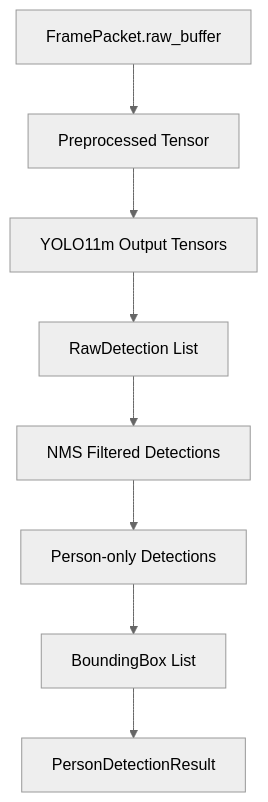
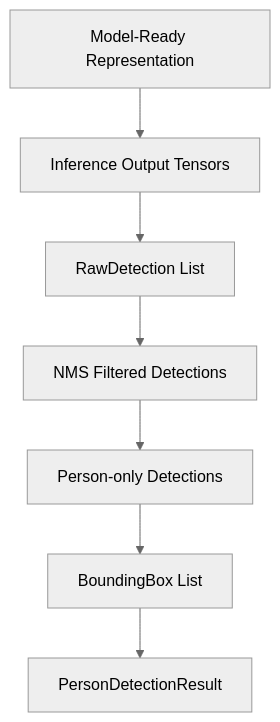
One commit to talifruman/camera-recognition changed the fourth of 4 diagrams in doc/OBJECT_DETECTION.md. Above: the diagram before and after it, drawn with Mermaid (neutral theme). The commit also changed other lines of this file and 6 other files, not shown here.

````diff
--- a/doc/OBJECT_DETECTION.md
+++ b/doc/OBJECT_DETECTION.md
@@ -262,10 +417,9 @@
 ```mermaid
 flowchart TD
-    A[FramePacket.raw_buffer] --> B[Preprocessed Tensor]
-    B --> C[YOLO11m Output Tensors]
-    C --> D[RawDetection List]
-    D --> E[NMS Filtered Detections]
-    E --> F[Person-only Detections]
-    F --> G[BoundingBox List]
-    G --> H[PersonDetectionResult]
+    A[Model-Ready Representation] --> B[Inference Output Tensors]
+    B --> C[RawDetection List]
+    C --> D[NMS Filtered Detections]
+    D --> E[Person-only Detections]
+    E --> F[BoundingBox List]
+    F --> G[PersonDetectionResult]
 ```
````
